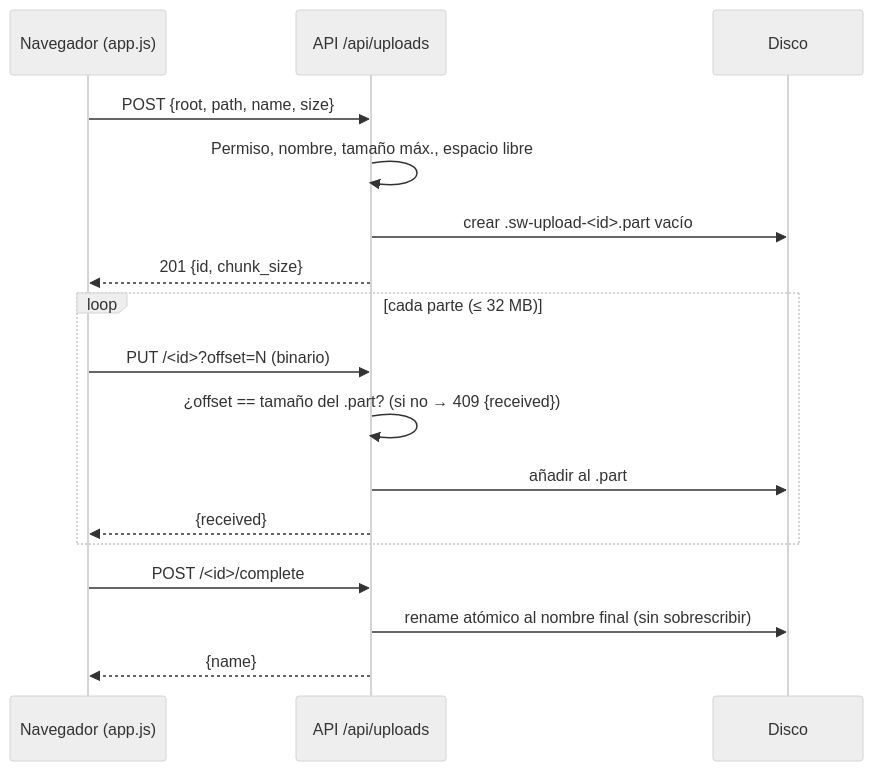
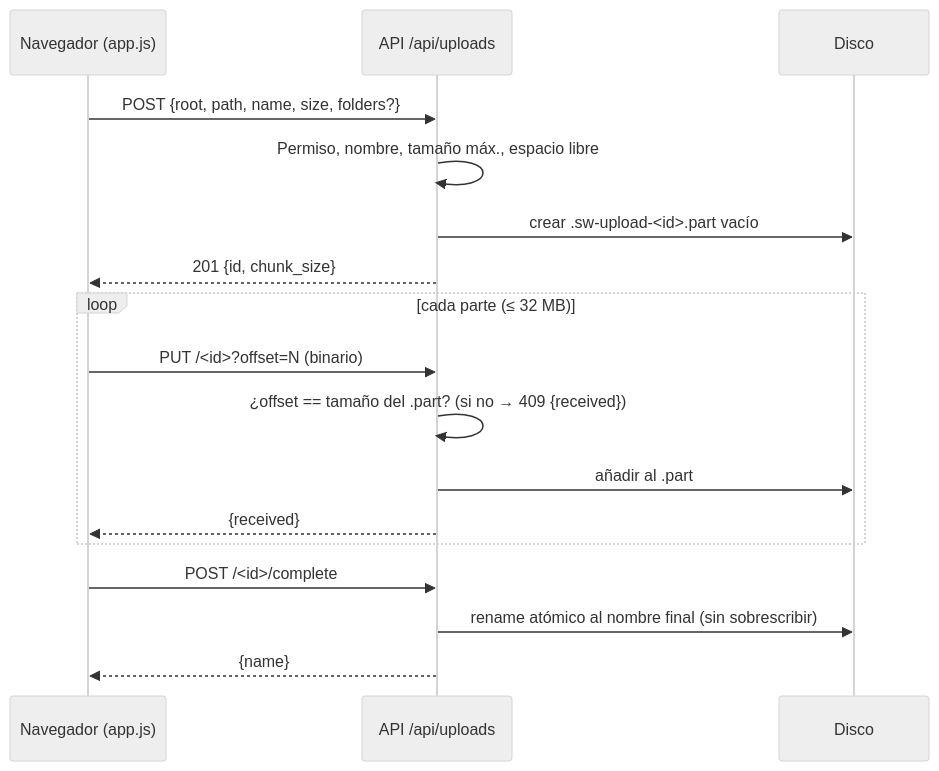
The third of 4 diagrams in docs/arquitectura/flujos.md (vsc55/StorageWeb), drawn with Mermaid (neutral theme) before and after one commit. The commit also changed 182 other files, not shown here.

````diff
--- a/docs/arquitectura/flujos.md
+++ b/docs/arquitectura/flujos.md
@@ -54,19 +54,19 @@
 ```mermaid
 sequenceDiagram
     participant N as Navegador (app.js)
     participant S as API /api/uploads
     participant D as Disco
-    N->>S: POST {root, path, name, size}
+    N->>S: POST {root, path, name, size, folders?}
     S->>S: Permiso, nombre, tamaño máx., espacio libre
     S->>D: crear .sw-upload-<id>.part vacío
     S-->>N: 201 {id, chunk_size}
     loop cada parte (≤ 32 MB)
         N->>S: PUT /<id>?offset=N (binario)
         S->>S: ¿offset == tamaño del .part? (si no → 409 {received})
         S->>D: añadir al .part
         S-->>N: {received}
     end
     N->>S: POST /<id>/complete
     S->>D: rename atómico al nombre final (sin sobrescribir)
     S-->>N: {name}
 ```
````
